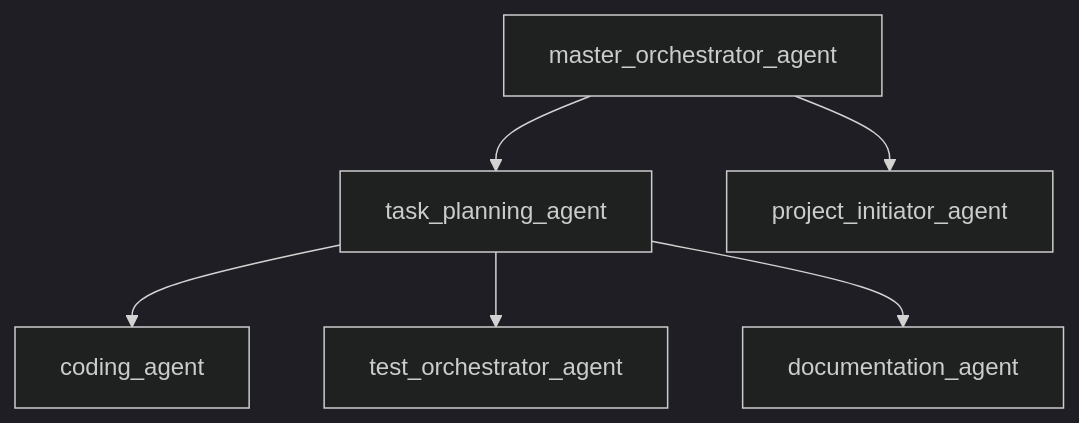
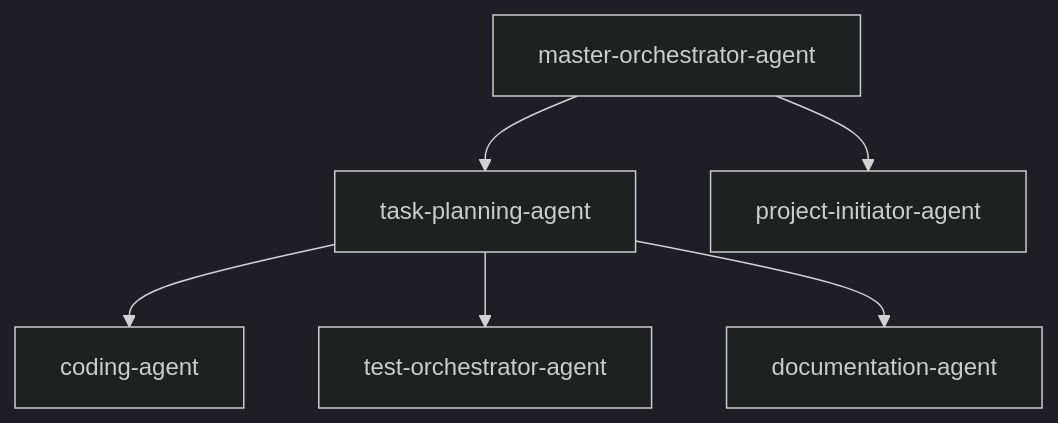
Before and after one commit to phamhung075/4genthub: the first of 2 diagrams in ai_docs/development-guides/agent-interaction-patterns.md, drawn with Mermaid (dark theme). The commit also changed other lines of this file and 686 other files, not shown here.

````diff
--- a/ai_docs/development-guides/agent-interaction-patterns.md
+++ b/ai_docs/development-guides/agent-interaction-patterns.md
@@ -14,8 +14,8 @@
 ```mermaid
 graph TD
-    MO[master_orchestrator_agent] --> TP[task_planning_agent]
-    MO --> PI[project_initiator_agent]
-    TP --> CA[coding_agent]
-    TP --> TO[test_orchestrator_agent]
-    TP --> DA[documentation_agent]
+    MO[master-orchestrator-agent] --> TP[task-planning-agent]
+    MO --> PI[project-initiator-agent]
+    TP --> CA[coding-agent]
+    TP --> TO[test-orchestrator-agent]
+    TP --> DA[documentation-agent]
 ```
````
